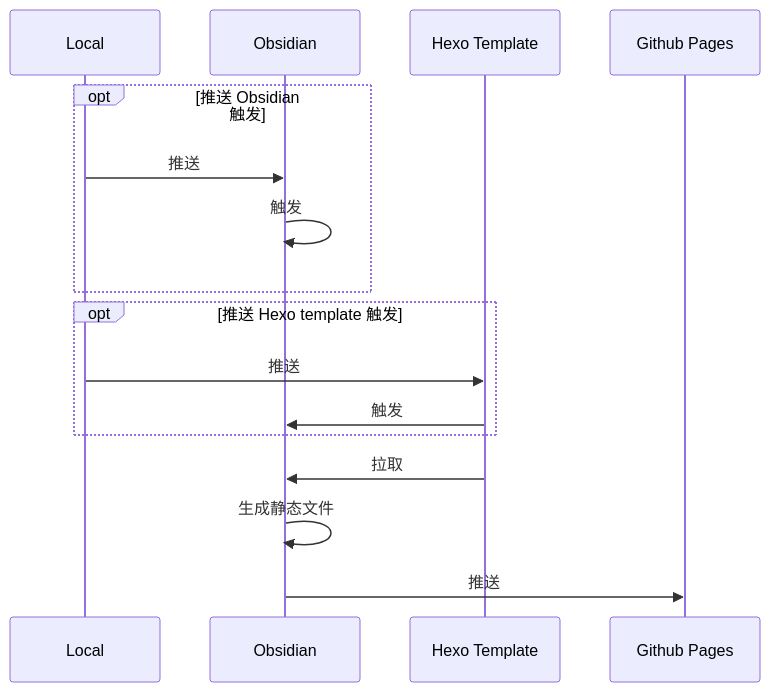
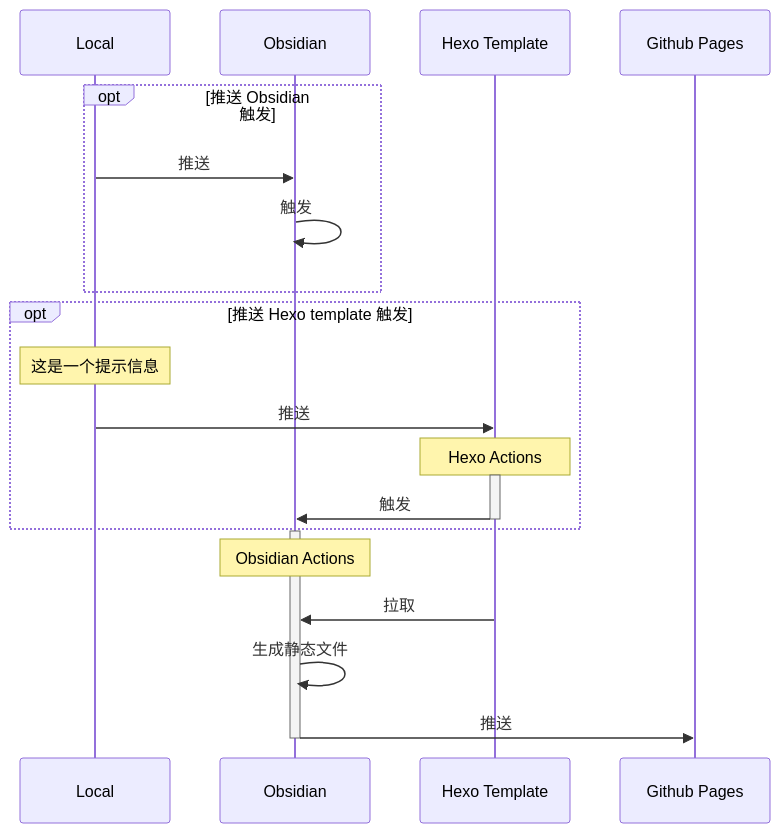
One commit to 7zMonkey/Obsidian changed the diagram in 博客/Obsidian + Hexo + Github Pages + Github Actions 自动化部署博客.md. Above: the diagram before and after it, drawn with Mermaid. The commit also changed other lines of this file, not shown here.

````diff
--- a/博客/Obsidian + Hexo + Github Pages + Github Actions 自动化部署博客.md
+++ b/博客/Obsidian + Hexo + Github Pages + Github Actions 自动化部署博客.md
@@ -9,18 +9,25 @@
 ```mermaid
 sequenceDiagram
 participant Local as Local
 participant Obsidian as Obsidian
 participant Hexo as Hexo Template
 participant Github as Github Pages
 opt 推送 Obsidian 触发
 	Local->>Obsidian:推送
 	Obsidian->>Obsidian: 触发
 end
 opt 推送 Hexo template 触发
+	Note over Local: 这是一个提示信息
 	Local->>Hexo: 推送
+	Note over Hexo: Hexo Actions
+	activate Hexo
 	Hexo->>Obsidian: 触发
+	deactivate Hexo
 end
+activate Obsidian
+Note over Obsidian: Obsidian Actions
 Hexo->>Obsidian: 拉取
 Obsidian->>Obsidian:生成静态文件
 Obsidian->>Github:推送
+deactivate Obsidian
 ```
````
